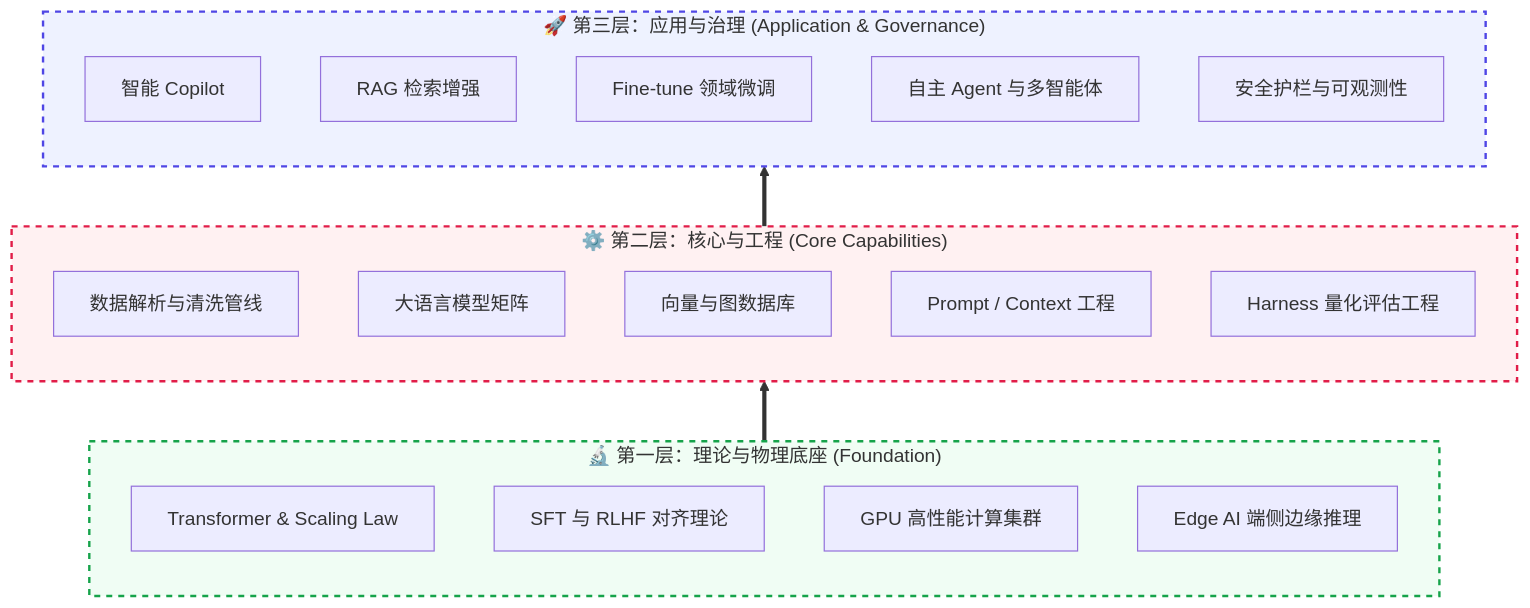
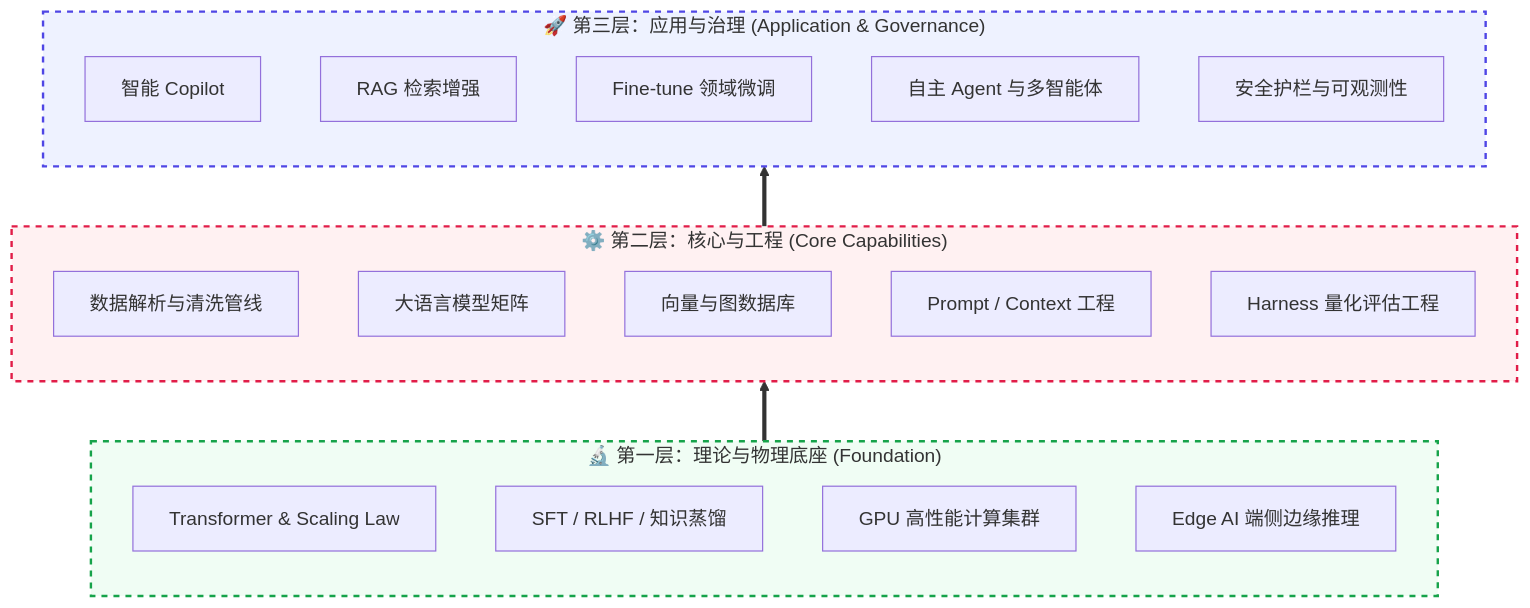
The first of 17 diagrams in doc/AI_Knowledge_Roadmap.md (wangchong2023/lang-chain-graph), drawn with Mermaid before and after one commit. The commit also changed other lines of this file, not shown here.

Commit message:
docs: update AI knowledge roadmap with new learning resources and milestones

````diff
--- a/doc/AI_Knowledge_Roadmap.md
+++ b/doc/AI_Knowledge_Roadmap.md
@@ -32,37 +32,37 @@
 ```mermaid
 graph BT
     %% 第 3 层：应用与治理
     subgraph AppLayer ["🚀 第三层：应用与治理 (Application & Governance)"]
         A1[智能 Copilot]
         A2[RAG 检索增强]
         A3[Fine-tune 领域微调]
         A4[自主 Agent 与多智能体]
         A5[安全护栏与可观测性]
     end
 
     %% 第 2 层：核心与工程
     subgraph CoreLayer ["⚙️ 第二层：核心与工程 (Core Capabilities)"]
         C1[数据解析与清洗管线]
         C2[大语言模型矩阵]
         C3[向量与图数据库]
         C4[Prompt / Context 工程]
         C5[Harness 量化评估工程]
     end
 
     %% 第 1 层：理论与基座
     subgraph FoundationLayer ["🔬 第一层：理论与物理底座 (Foundation)"]
         F1[Transformer & Scaling Law]
-        F2[SFT 与 RLHF 对齐理论]
+        F2[SFT / RLHF / 知识蒸馏]
         F3[GPU 高性能计算集群]
         F4[Edge AI 端侧边缘推理]
     end
 
     %% 层级依赖关系
     FoundationLayer ==> CoreLayer
     CoreLayer ==> AppLayer
 
     %% 样式美化
     style AppLayer fill:#eef2ff,stroke:#4f46e5,stroke-width:2px,stroke-dasharray: 5 5
     style CoreLayer fill:#fff1f2,stroke:#e11d48,stroke-width:2px,stroke-dasharray: 5 5
     style FoundationLayer fill:#f0fdf4,stroke:#16a34a,stroke-width:2px,stroke-dasharray: 5 5
 ```
````
